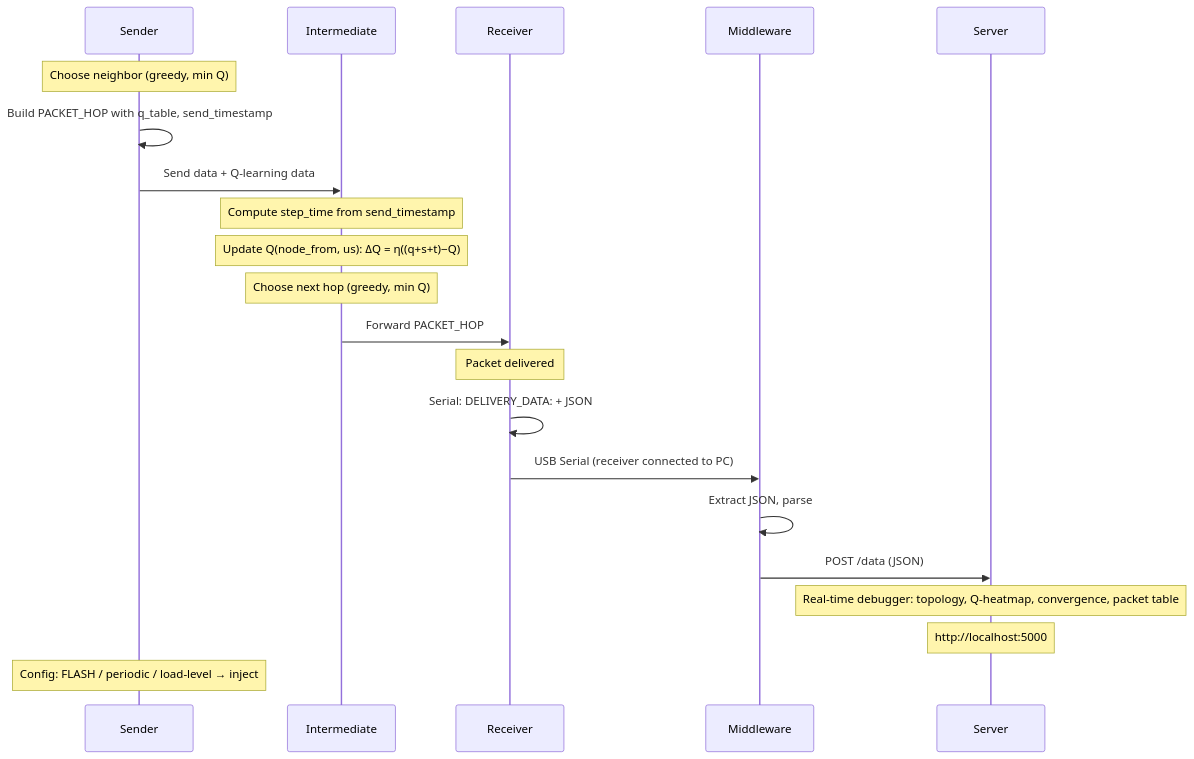
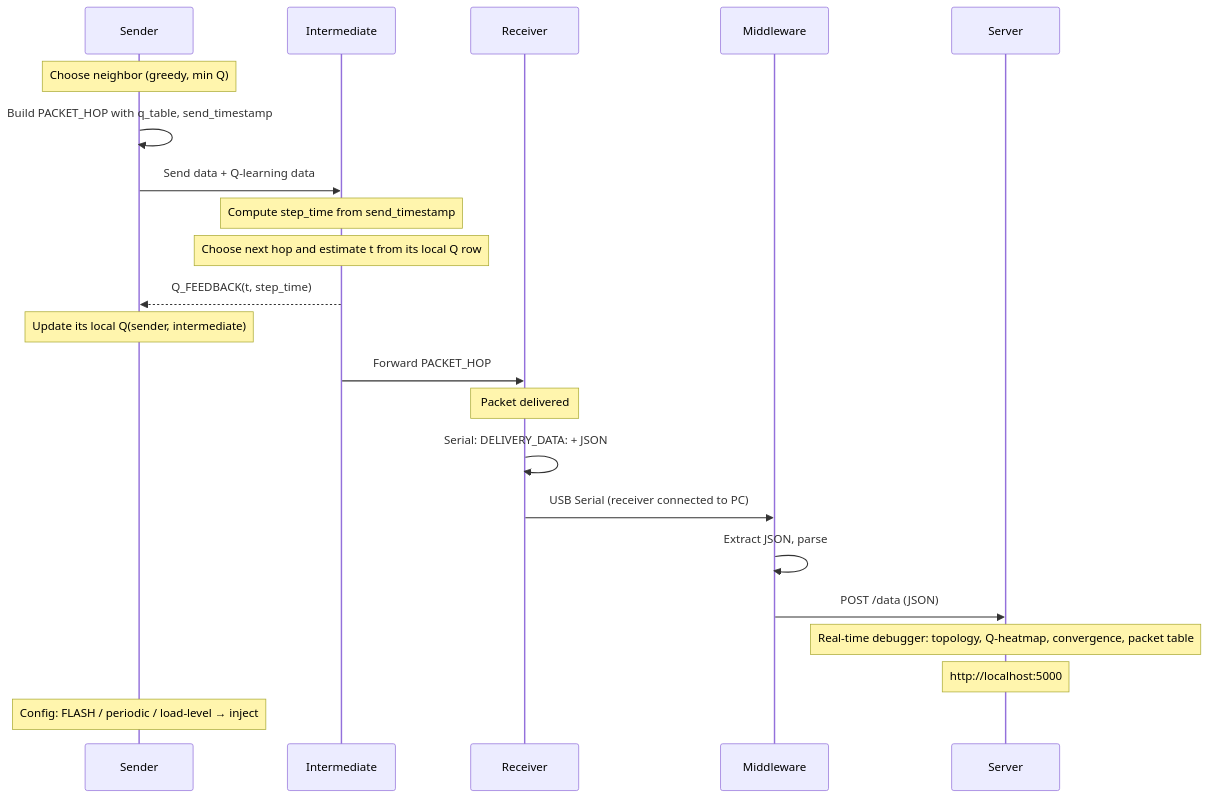
One commit to FrancoBre/esp-q-mesh-routing changed the diagram in README.md. Above: the diagram before and after it, drawn with Mermaid. The commit also changed other lines of this file and 1 other file, not shown here.

````diff
--- a/README.md
+++ b/README.md
@@ -23,27 +23,28 @@
 ```mermaid
 sequenceDiagram
     participant Sender
     participant Intermediate
     participant Receiver
     participant Middleware
     participant Server
 
     Note over Sender: Choose neighbor (greedy, min Q)
     Sender->>Sender: Build PACKET_HOP with q_table, send_timestamp
     Sender->>Intermediate: Send data + Q-learning data
 
     Note over Intermediate: Compute step_time from send_timestamp
-    Note over Intermediate: Update Q(node_from, us): ΔQ = η((q+s+t)−Q)
-    Note over Intermediate: Choose next hop (greedy, min Q)
+    Note over Intermediate: Choose next hop and estimate t from its local Q row
+    Intermediate-->>Sender: Q_FEEDBACK(t, step_time)
+    Note over Sender: Update its local Q(sender, intermediate)
     Intermediate->>Receiver: Forward PACKET_HOP
 
     Note over Receiver: Packet delivered
     Receiver->>Receiver: Serial: DELIVERY_DATA: + JSON
     Receiver->>Middleware: USB Serial (receiver connected to PC)
     Middleware->>Middleware: Extract JSON, parse
     Middleware->>Server: POST /data (JSON)
     Note over Server: Real-time debugger: topology, Q-heatmap, convergence, packet table
     Note over Server: http://localhost:5000
 
     Note over Sender: Config: FLASH / periodic / load-level → inject
 ```
````
